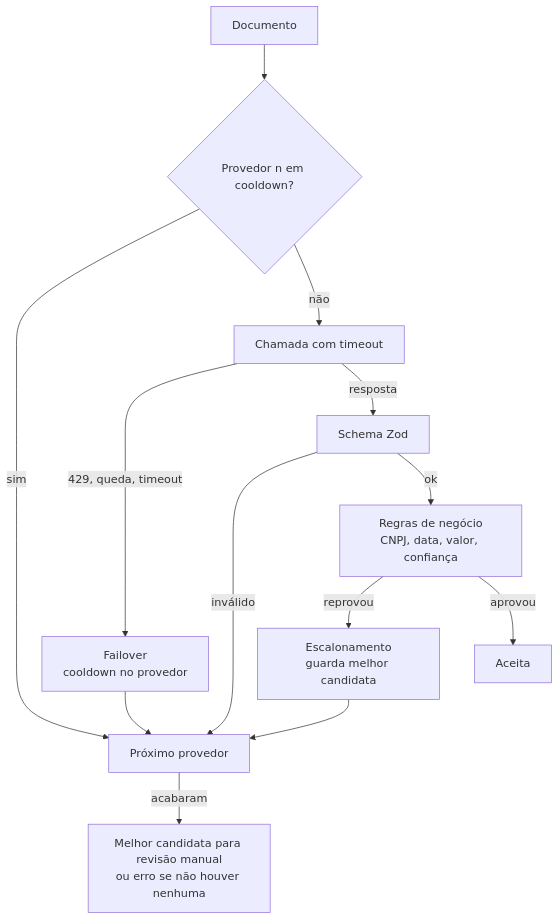
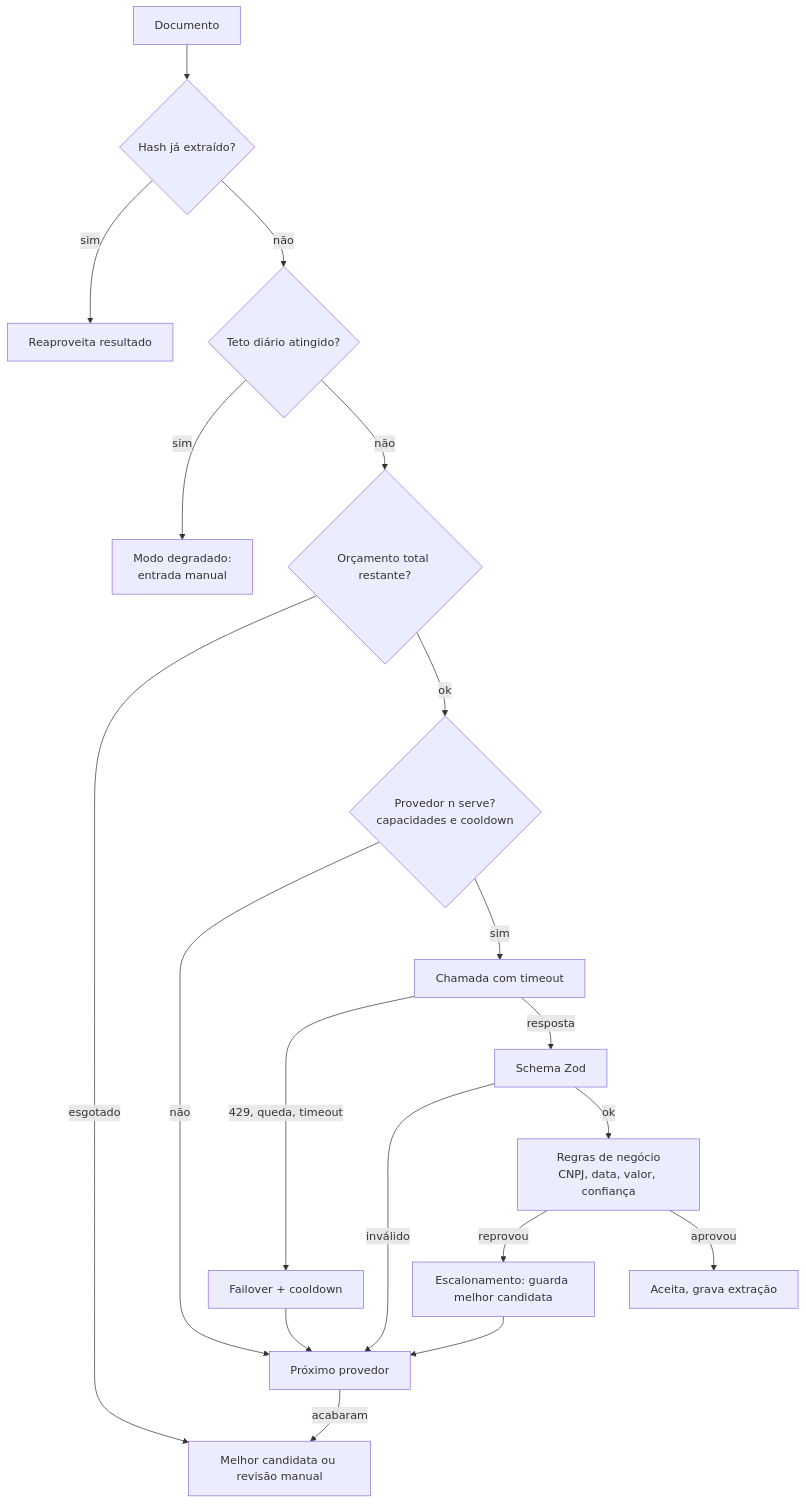
The second of 3 diagrams in docs/ARCHITECTURE.md (miguelquintanilhapy/teto), drawn with Mermaid before and after one commit. The commit also changed other lines of this file and 5 other files, not shown here.

````diff
--- a/docs/ARCHITECTURE.md
+++ b/docs/ARCHITECTURE.md
@@ -47,13 +86,19 @@
 ```mermaid
 flowchart TD
-  A[Documento] --> B{Provedor n em cooldown?}
-  B -->|sim| N[Próximo provedor]
-  B -->|não| C[Chamada com timeout]
-  C -->|429, queda, timeout| D[Failover<br/>cooldown no provedor] --> N
-  C -->|resposta| E[Schema Zod]
+  A[Documento] --> H{Hash já extraído?}
+  H -->|sim| R[Reaproveita resultado] 
+  H -->|não| Q{Teto diário atingido?}
+  Q -->|sim| M[Modo degradado:<br/>entrada manual]
+  Q -->|não| B{Orçamento total restante?}
+  B -->|esgotado| Z[Melhor candidata ou revisão manual]
+  B -->|ok| C{Provedor n serve?<br/>capacidades e cooldown}
+  C -->|não| N[Próximo provedor]
+  C -->|sim| D[Chamada com timeout]
+  D -->|429, queda, timeout| F[Failover + cooldown] --> N
+  D -->|resposta| E[Schema Zod]
   E -->|inválido| N
-  E -->|ok| F[Regras de negócio<br/>CNPJ, data, valor, confiança]
-  F -->|reprovou| G[Escalonamento<br/>guarda melhor candidata] --> N
-  F -->|aprovou| H[Aceita]
-  N -->|acabaram| I[Melhor candidata para revisão manual<br/>ou erro se não houver nenhuma]
+  E -->|ok| V[Regras de negócio<br/>CNPJ, data, valor, confiança]
+  V -->|reprovou| G[Escalonamento: guarda melhor candidata] --> N
+  V -->|aprovou| OK[Aceita, grava extração]
+  N -->|acabaram| Z
 ```
````
